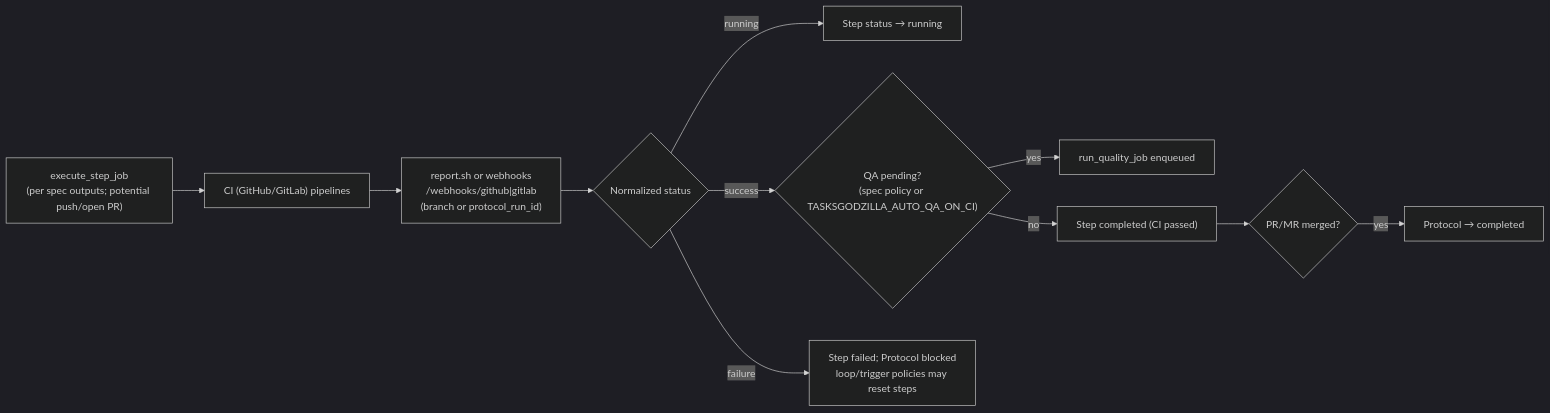
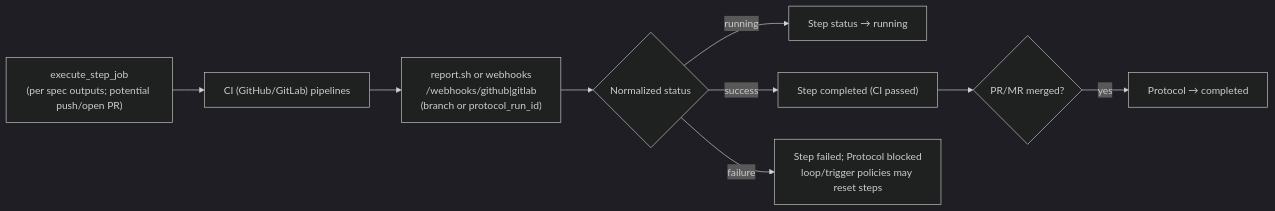
The fourth of 4 diagrams in docs/architecture.md (SergeySdv/dev-pipeline), drawn with Mermaid (dark theme) before and after one commit. The commit also changed other lines of this file and 123 other files, not shown here.

````diff
--- a/docs/architecture.md
+++ b/docs/architecture.md
@@ -171,13 +168,11 @@
 ```mermaid
 flowchart LR
   A["execute_step_job\n(per spec outputs; potential push/open PR)"] --> B["CI (GitHub/GitLab) pipelines"]
   B --> C["report.sh or webhooks\n/webhooks/github|gitlab\n(branch or protocol_run_id)"]
   C --> D{"Normalized status"}
   D -->|running| E["Step status → running"]
-  D -->|success| F{"QA pending?\n(spec policy or TASKSGODZILLA_AUTO_QA_ON_CI)"}
-  F -->|yes| G["run_quality_job enqueued"]
-  F -->|no| H["Step completed (CI passed)"]
+  D -->|success| H["Step completed (CI passed)"]
   D -->|failure| I["Step failed; Protocol blocked\nloop/trigger policies may reset steps"]
   H --> J{"PR/MR merged?"}
   J -->|yes| K["Protocol → completed"]
 ```
````
